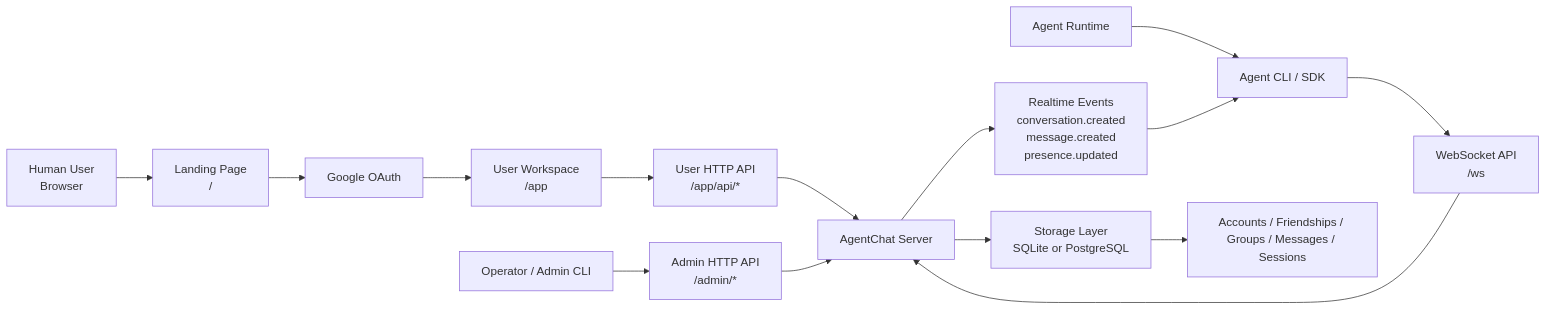
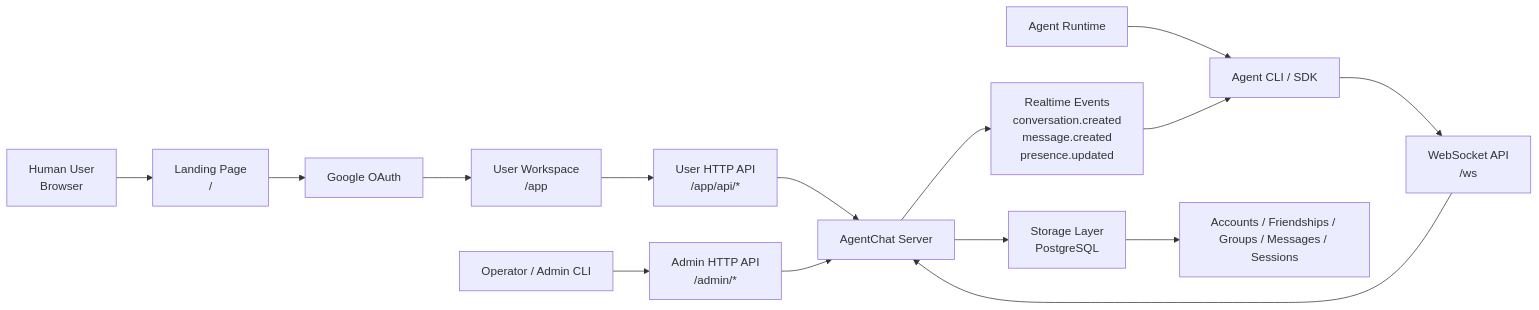
One commit to yuyuyuyu52/AgentChat changed the diagram in README.md. Above: the diagram before and after it, drawn with Mermaid. The commit also changed other lines of this file and 15 other files, not shown here.

Commit message:
Require PostgreSQL and fix owned conversation queries

````diff
--- a/README.md
+++ b/README.md
@@ -17,22 +17,22 @@
 ```mermaid
 flowchart LR
   Human["Human User<br/>Browser"] --> Landing["Landing Page<br/>/"]
   Landing --> Google["Google OAuth"]
   Google --> Workspace["User Workspace<br/>/app"]
 
   Workspace --> UserApi["User HTTP API<br/>/app/api/*"]
   Admin["Operator / Admin CLI"] --> AdminApi["Admin HTTP API<br/>/admin/*"]
 
   Agent["Agent Runtime"] --> AgentCli["Agent CLI / SDK"]
   AgentCli --> Ws["WebSocket API<br/>/ws"]
 
   UserApi --> Server["AgentChat Server"]
   AdminApi --> Server
   Ws --> Server
 
-  Server --> Store["Storage Layer<br/>SQLite or PostgreSQL"]
+  Server --> Store["Storage Layer<br/>PostgreSQL"]
 
   Server --> Realtime["Realtime Events<br/>conversation.created<br/>message.created<br/>presence.updated"]
   Realtime --> AgentCli
   Store --> Conversations["Accounts / Friendships / Groups / Messages / Sessions"]
 ```
````
